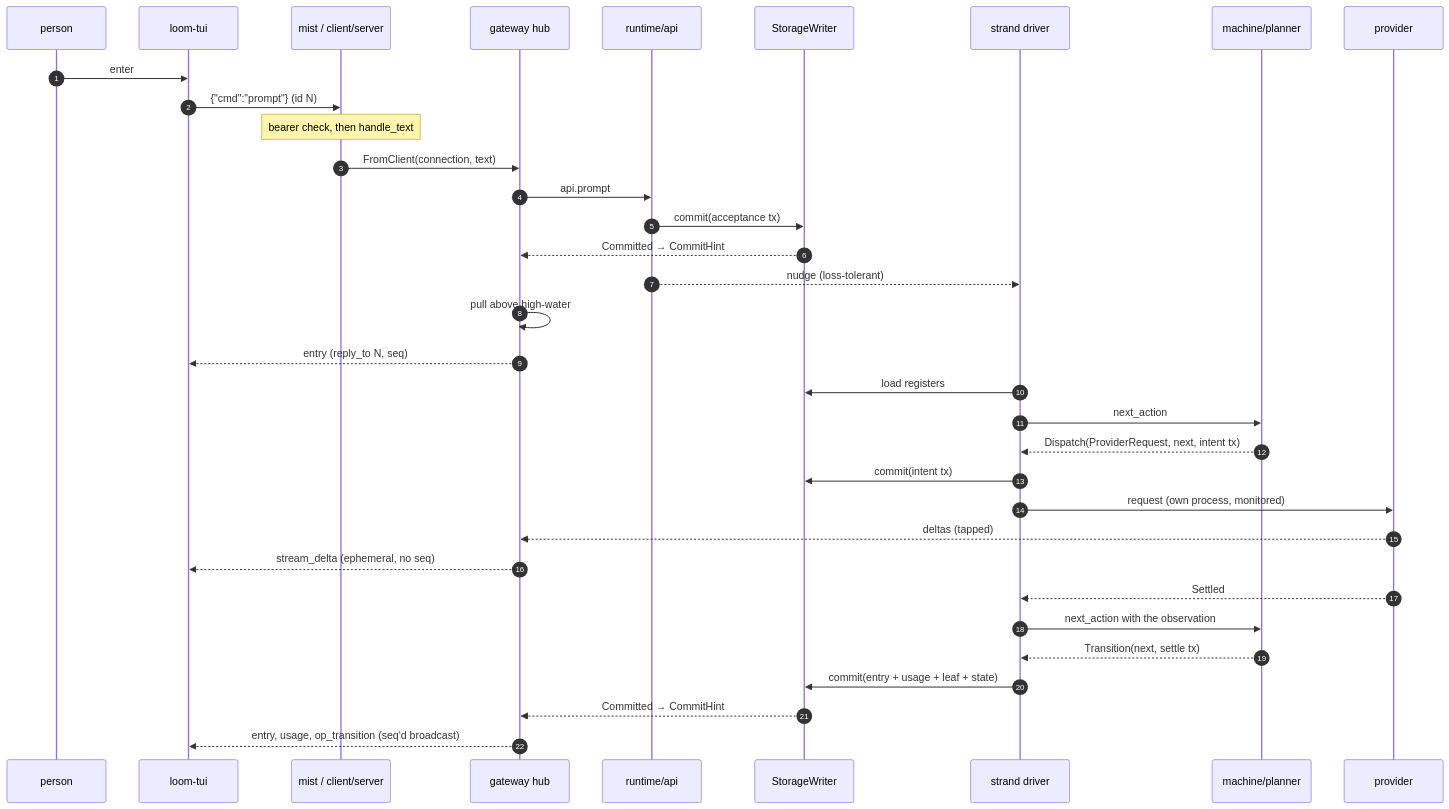
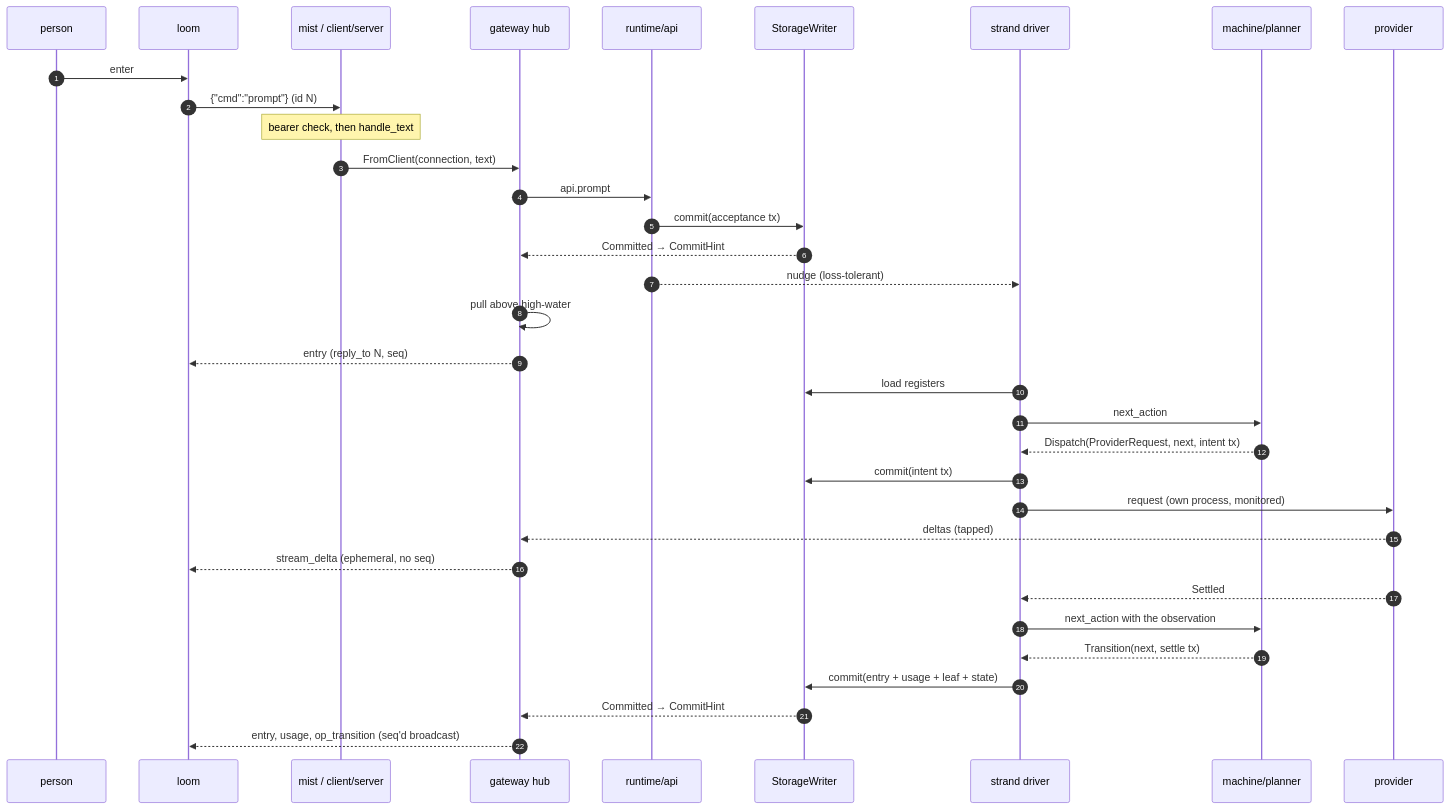
Before and after one commit to Roasbeef/loom: the second of 3 diagrams in docs/code-tour.md, drawn with Mermaid. The commit also changed other lines of this file and 14 other files, not shown here.

````diff
--- a/docs/code-tour.md
+++ b/docs/code-tour.md
@@ -640,38 +640,38 @@
 ```mermaid
 sequenceDiagram
     autonumber
     participant U as person
-    participant T as loom-tui
+    participant T as loom
     participant W as mist / client/server
     participant H as gateway hub
     participant A as runtime/api
     participant WR as StorageWriter
     participant D as strand driver
     participant M as machine/planner
     participant P as provider
 
     U->>T: enter
     T->>W: {"cmd":"prompt"} (id N)
     Note over W: bearer check, then handle_text
     W->>H: FromClient(connection, text)
     H->>A: api.prompt
     A->>WR: commit(acceptance tx)
     WR-->>H: Committed → CommitHint
     A-->>D: nudge (loss-tolerant)
     H->>H: pull above high-water
     H-->>T: entry (reply_to N, seq)
 
     D->>WR: load registers
     D->>M: next_action
     M-->>D: Dispatch(ProviderRequest, next, intent tx)
     D->>WR: commit(intent tx)
     D->>P: request (own process, monitored)
     P-->>H: deltas (tapped)
     H-->>T: stream_delta (ephemeral, no seq)
     P-->>D: Settled
     D->>M: next_action with the observation
     M-->>D: Transition(next, settle tx)
     D->>WR: commit(entry + usage + leaf + state)
     WR-->>H: Committed → CommitHint
     H-->>T: entry, usage, op_transition (seq'd broadcast)
 ```
````
